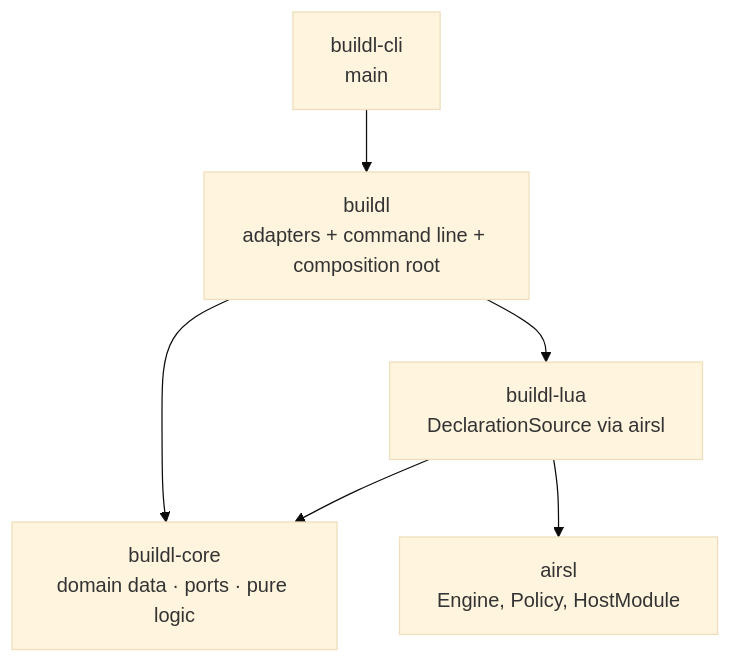
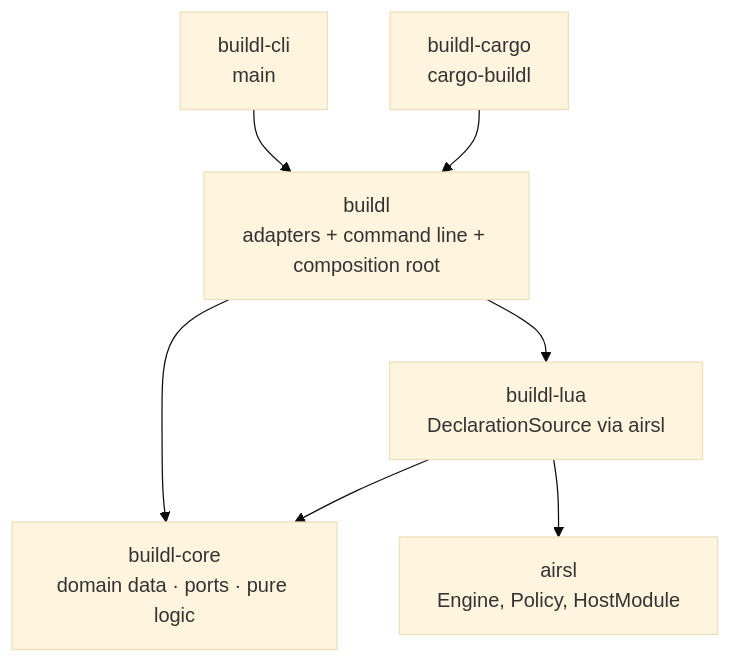
Before and after one commit to airsstack/buildl: the first of 7 diagrams in book/src/ch11-03-four-crates.md, drawn with Mermaid (base theme). The commit also changed other lines of this file, not shown here.

Commit message:
docs(repo): describe buildl-cargo as the fifth crate

````diff
--- a/book/src/ch11-03-four-crates.md
+++ b/book/src/ch11-03-four-crates.md
@@ -26,9 +29,10 @@
 ```mermaid
 %% Crate dependency graph — arrows point at the dependency
 graph TD
     CLI["buildl-cli<br/>main"] --> LIB["buildl<br/>adapters + command line + composition root"]
+    CARGO["buildl-cargo<br/>cargo-buildl"] --> LIB
     LIB --> LUA["buildl-lua<br/>DeclarationSource via airsl"]
     LIB --> CORE["buildl-core<br/>domain data · ports · pure logic"]
     LUA --> CORE
     LUA --> AIRSL["airsl<br/>Engine, Policy, HostModule"]
 ```
````
